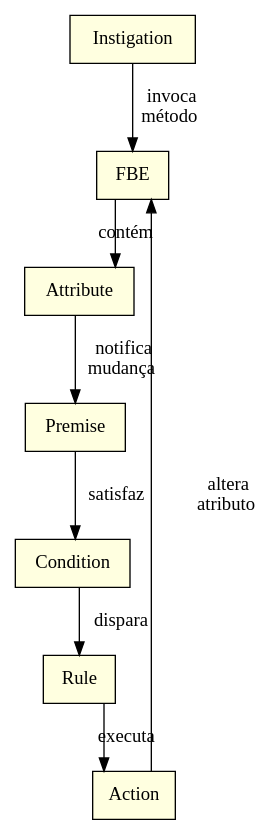
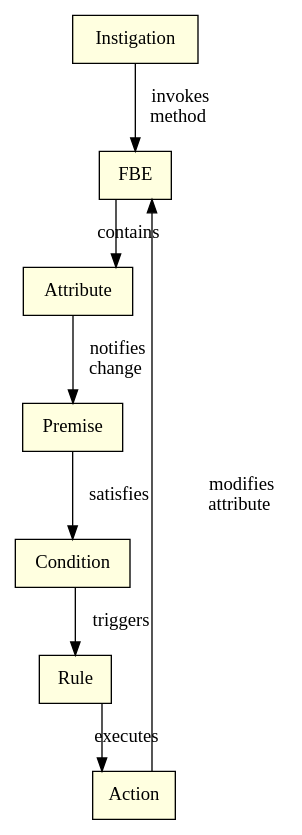
One commit to matheuscamarques/pon_beam changed the diagram in book/src/chapters/02-paradigma-pon.md. Above: the diagram before and after it, drawn with Graphviz. The commit also changed other lines of this file and 45 other files, not shown here.

````diff
--- a/book/src/chapters/02-paradigma-pon.md
+++ b/book/src/chapters/02-paradigma-pon.md
@@ -20,15 +29,15 @@
 ```dot
 digraph entidades_pon {
   rankdir=TB;
   splines=ortho;
   node [shape=box, style=filled, fillcolor=lightyellow]
 
-  "FBE" -> "Attribute" [label="  contém"]
-  "Attribute" -> "Premise" [label="  notifica\nmudança"]
-  "Premise" -> "Condition" [label="  satisfaz"]
-  "Condition" -> "Rule" [label="  dispara"]
-  "Rule" -> "Action" [label="  executa"]
-  "Action" -> "FBE" [label="  altera\natributo"]
-  "Instigation" -> "FBE" [label="  invoca\nmétodo"]
+  "FBE" -> "Attribute" [label="  contains"]
+  "Attribute" -> "Premise" [label="  notifies\nchange"]
+  "Premise" -> "Condition" [label="  satisfies"]
+  "Condition" -> "Rule" [label="  triggers"]
+  "Rule" -> "Action" [label="  executes"]
+  "Action" -> "FBE" [label="  modifies\nattribute"]
+  "Instigation" -> "FBE" [label="  invokes\nmethod"]
 }
 ```
````
